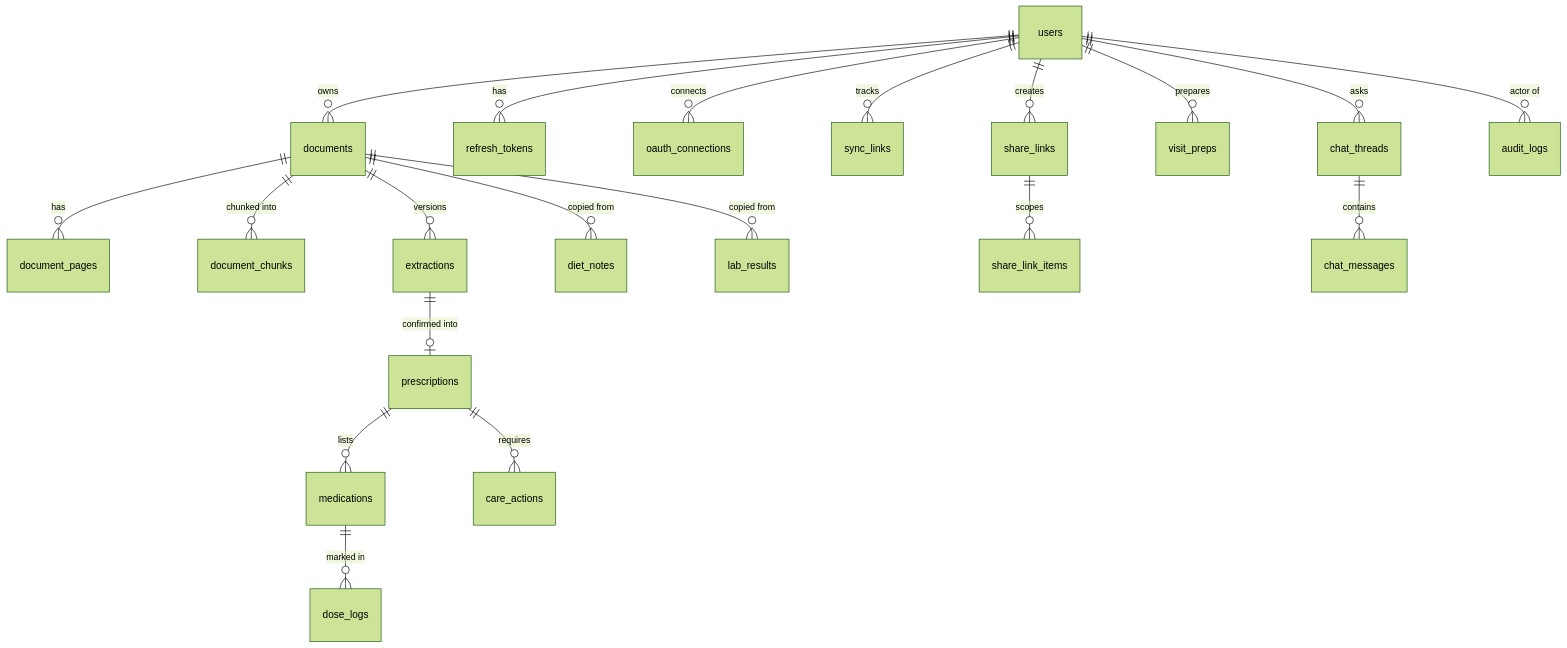
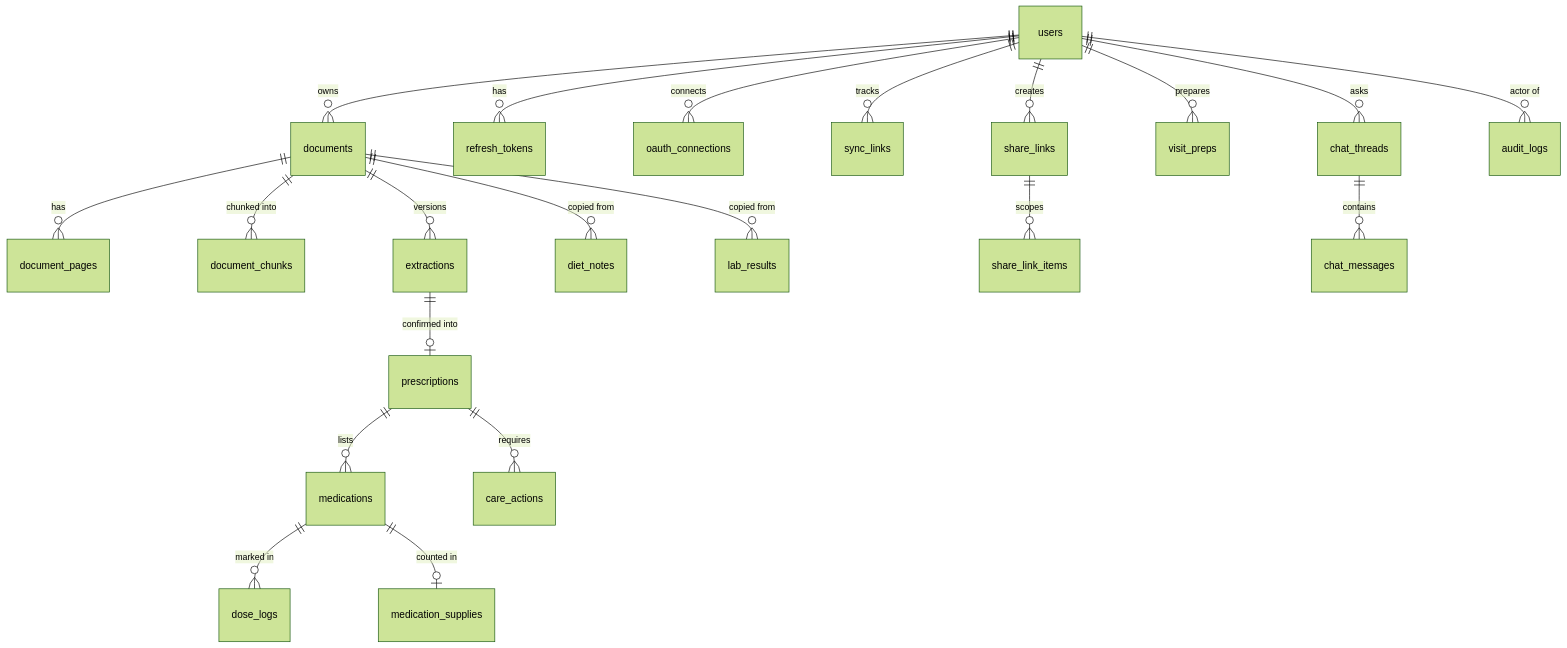
One commit to SriramWorkSpace/MedSpace-Healthcare changed the fourth of 4 diagrams in docs/architecture.md. Above: the diagram before and after it, drawn with Mermaid (forest theme). The commit also changed other lines of this file and 34 other files, not shown here.

````diff
--- a/docs/architecture.md
+++ b/docs/architecture.md
@@ -220,22 +221,23 @@
 ```mermaid
 erDiagram
   users ||--o{ documents : owns
   users ||--o{ refresh_tokens : has
   documents ||--o{ document_pages : has
   documents ||--o{ document_chunks : "chunked into"
   documents ||--o{ extractions : "versions"
   extractions ||--o| prescriptions : "confirmed into"
   prescriptions ||--o{ medications : lists
   medications ||--o{ dose_logs : "marked in"
+  medications ||--o| medication_supplies : "counted in"
   prescriptions ||--o{ care_actions : requires
   documents ||--o{ diet_notes : "copied from"
   documents ||--o{ lab_results : "copied from"
   users ||--o{ oauth_connections : connects
   users ||--o{ sync_links : tracks
   users ||--o{ share_links : creates
   users ||--o{ visit_preps : prepares
   share_links ||--o{ share_link_items : scopes
   users ||--o{ chat_threads : asks
   chat_threads ||--o{ chat_messages : contains
   users ||--o{ audit_logs : "actor of"
 ```
````
